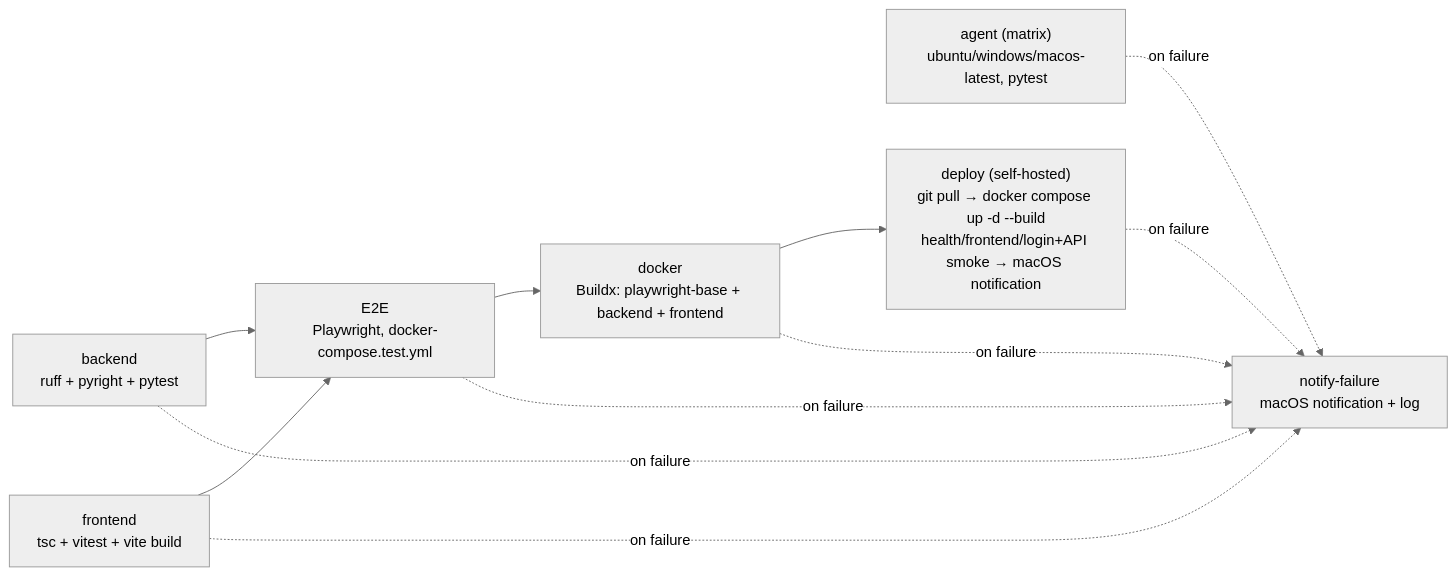
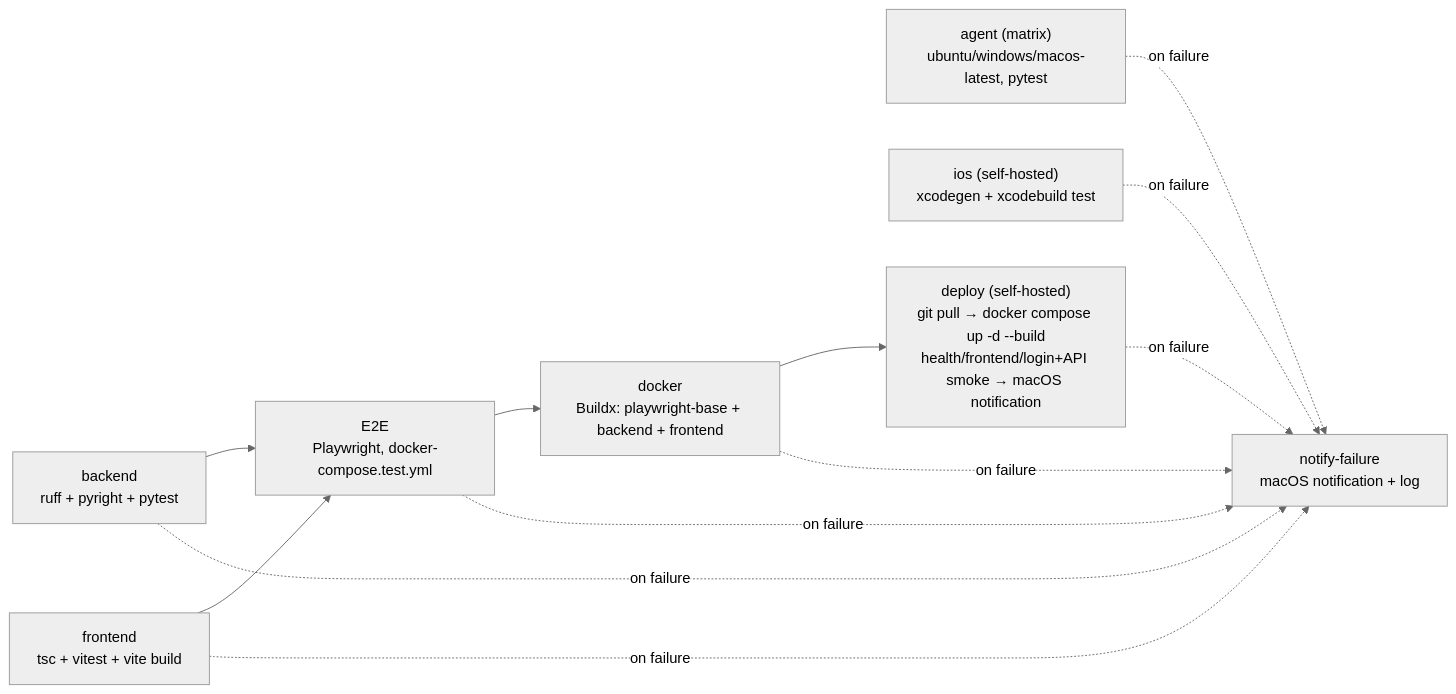
One commit to EGulinsky/rapport changed the ninth of 9 diagrams in docs/ARCHITECTURE.md. Above: the diagram before and after it, drawn with Mermaid (neutral theme). The commit also changed other lines of this file and 3 other files, not shown here.

````diff
--- a/docs/ARCHITECTURE.md
+++ b/docs/ARCHITECTURE.md
@@ -871,14 +872,16 @@
 ```mermaid
 flowchart LR
     A[backend<br/>ruff + pyright + pytest] --> E[E2E<br/>Playwright, docker-compose.test.yml]
     B[frontend<br/>tsc + vitest + vite build] --> E
     G["agent (matrix)<br/>ubuntu/windows/macos-latest, pytest"]
+    I["ios (self-hosted)<br/>xcodegen + xcodebuild test"]
     E --> C[docker<br/>Buildx: playwright-base + backend + frontend]
     C --> D["deploy (self-hosted)<br/>git pull → docker compose up -d --build<br/>health/frontend/login+API smoke → macOS notification"]
     D -.->|on failure| F[notify-failure<br/>macOS notification + log]
     A -.->|on failure| F
     B -.->|on failure| F
     G -.->|on failure| F
+    I -.->|on failure| F
     E -.->|on failure| F
     C -.->|on failure| F
 ```
````
